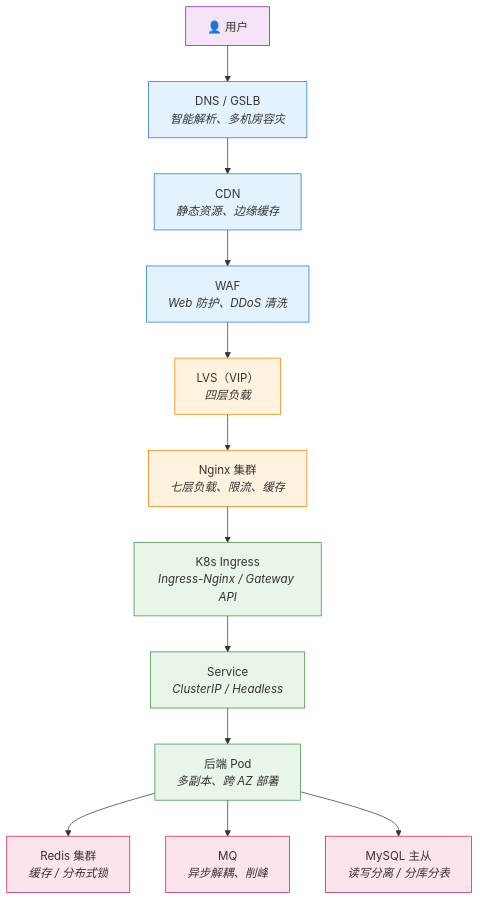
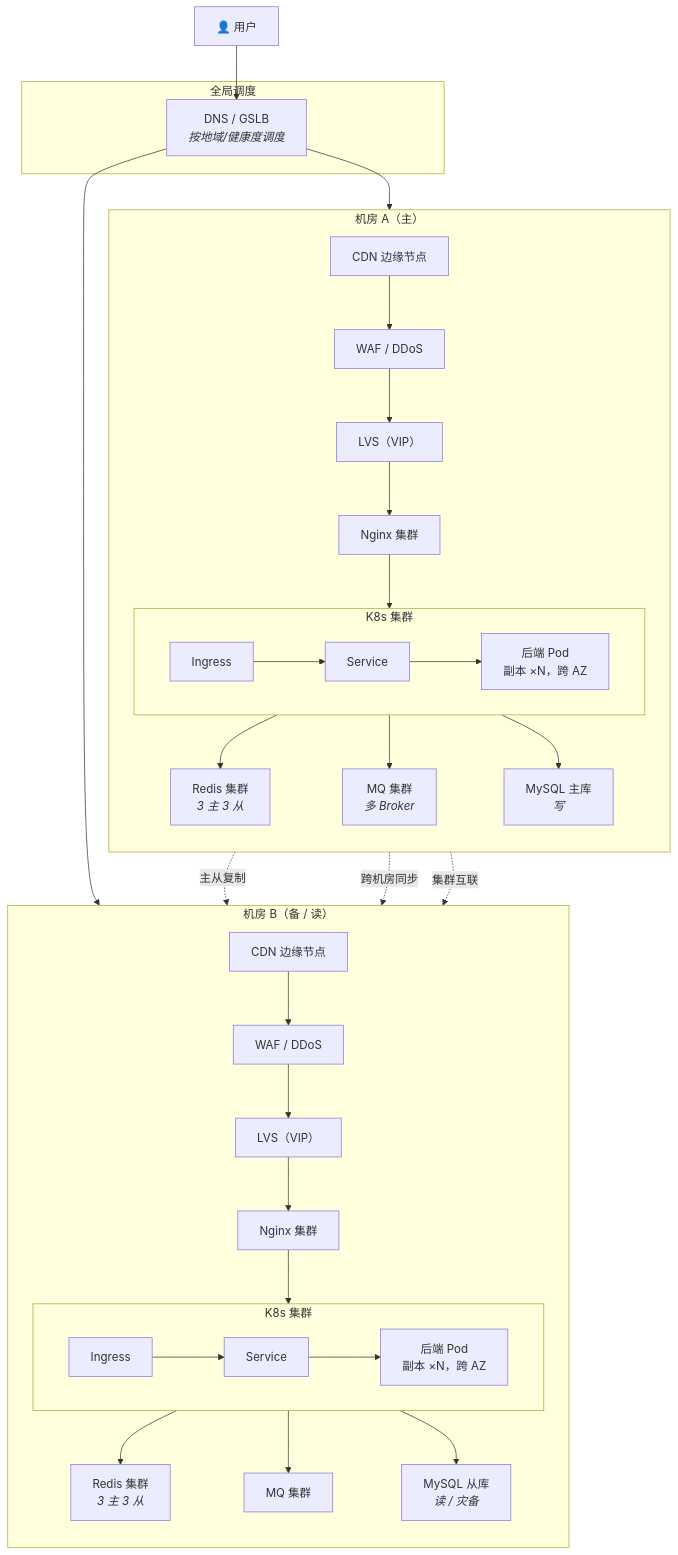
The second of 2 diagrams in 11-高并发高可用/0-高可用高并发高性能 系统设计.md (vic868/Deliberate), drawn with Mermaid before and after one commit. The commit also changed other lines of this file and 1 other file, not shown here.

Commit message:
vault backup: 2026-10-14 07:59:33

````diff
--- a/11-高并发高可用/0-高可用高并发高性能 系统设计.md
+++ b/11-高并发高可用/0-高可用高并发高性能 系统设计.md
@@ -107,32 +107,54 @@
 ```mermaid
 flowchart TB
     U["👤 用户"]
-    DNS["DNS / GSLB<br/><i>智能解析、多机房容灾</i>"]
-    CDN["CDN<br/><i>静态资源、边缘缓存</i>"]
-    WAF["WAF<br/><i>Web 防护、DDoS 清洗</i>"]
-    LVS["LVS（VIP）<br/><i>四层负载</i>"]
-    NGX["Nginx 集群<br/><i>七层负载、限流、缓存</i>"]
-    ING["K8s Ingress<br/><i>Ingress-Nginx / Gateway API</i>"]
-    SVC["Service<br/><i>ClusterIP / Headless</i>"]
-    POD["后端 Pod<br/><i>多副本、跨 AZ 部署</i>"]
-    REDIS["Redis 集群<br/><i>缓存 / 分布式锁</i>"]
-    MQ["MQ<br/><i>异步解耦、削峰</i>"]
-    DB["MySQL 主从<br/><i>读写分离 / 分库分表</i>"]
 
-    U --> DNS --> CDN --> WAF --> LVS --> NGX --> ING --> SVC --> POD
-    POD --> REDIS
-    POD --> MQ
-    POD --> DB
+    subgraph GSLB["全局调度"]
+        DNS["DNS / GSLB<br/><i>按地域/健康度调度</i>"]
+    end
 
-    classDef edge fill:#e3f2fd,stroke:#1976d2;
-    classDef lb fill:#fff3e0,stroke:#f57c00;
-    classDef app fill:#e8f5e9,stroke:#388e3c;
-    classDef data fill:#fce4ec,stroke:#c2185b;
-    classDef user fill:#f3e5f5,stroke:#7b1fa2;
+    subgraph IDC1["机房 A（主）"]
+        direction TB
+        CDN1["CDN 边缘节点"]
+        WAF1["WAF / DDoS"]
+        LVS1["LVS（VIP）"]
+        NGX1["Nginx 集群"]
+        subgraph K8S1["K8s 集群"]
+            direction LR
+            ING1["Ingress"] --> SVC1["Service"] --> POD1["后端 Pod<br/>副本 ×N，跨 AZ"]
+        end
+        REDIS1["Redis 集群<br/><i>3 主 3 从</i>"]
+        MQ1["MQ 集群<br/><i>多 Broker</i>"]
+        DB1["MySQL 主库<br/><i>写</i>"]
+    end
 
-    class U user;
-    class DNS,CDN,WAF edge;
-    class LVS,NGX lb;
-    class ING,SVC,POD app;
-    class REDIS,MQ,DB data;
+    subgraph IDC2["机房 B（备 / 读）"]
+        direction TB
+        CDN2["CDN 边缘节点"]
+        WAF2["WAF / DDoS"]
+        LVS2["LVS（VIP）"]
+        NGX2["Nginx 集群"]
+        subgraph K8S2["K8s 集群"]
+            direction LR
+            ING2["Ingress"] --> SVC2["Service"] --> POD2["后端 Pod<br/>副本 ×N，跨 AZ"]
+        end
+        REDIS2["Redis 集群<br/><i>3 主 3 从</i>"]
+        MQ2["MQ 集群"]
+        DB2["MySQL 从库<br/><i>读 / 灾备</i>"]
+    end
+
+    U --> DNS
+    DNS --> CDN1
+    DNS --> CDN2
+    CDN1 --> WAF1 --> LVS1 --> NGX1 --> ING1
+    CDN2 --> WAF2 --> LVS2 --> NGX2 --> ING2
+    POD1 --> REDIS1
+    POD1 --> MQ1
+    POD1 --> DB1
+    POD2 --> REDIS2
+    POD2 --> MQ2
+    POD2 --> DB2
+
+    DB1 -. "主从复制" .-> DB2
+    REDIS1 -. "跨机房同步" .-> REDIS2
+    MQ1 -. "集群互联" .-> MQ2
 ```
````
